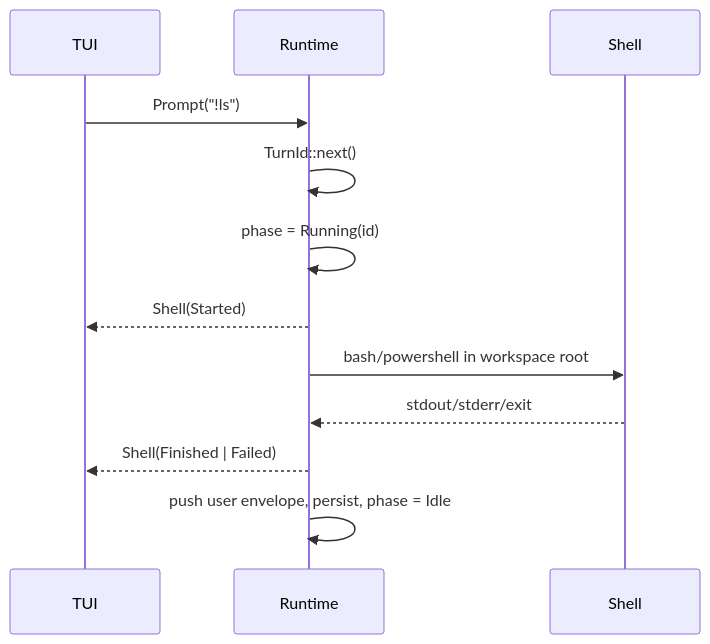
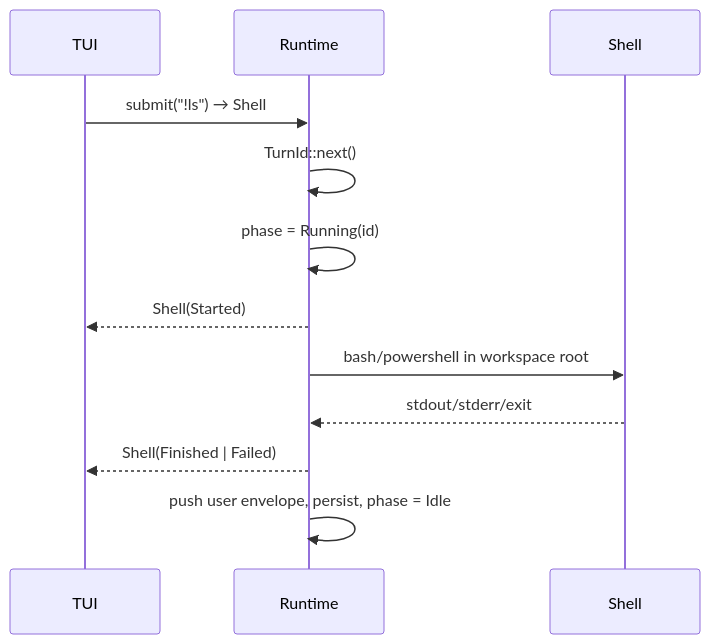
The fifth of 5 diagrams in docs/architectures.md (guuzaa/oven), drawn with Mermaid before and after one commit. The commit also changed other lines of this file and 76 other files, not shown here.

````diff
--- a/docs/architectures.md
+++ b/docs/architectures.md
@@ -499,15 +610,15 @@
 ```mermaid
 sequenceDiagram
     participant TUI
     participant Runtime
     participant Shell
 
-    TUI->>Runtime: Prompt("!ls")
+    TUI->>Runtime: submit("!ls") → Shell
     Runtime->>Runtime: TurnId::next()
     Runtime->>Runtime: phase = Running(id)
     Runtime-->>TUI: Shell(Started)
     Runtime->>Shell: bash/powershell in workspace root
     Shell-->>Runtime: stdout/stderr/exit
     Runtime-->>TUI: Shell(Finished | Failed)
     Runtime->>Runtime: push user envelope, persist, phase = Idle
 ```
````
